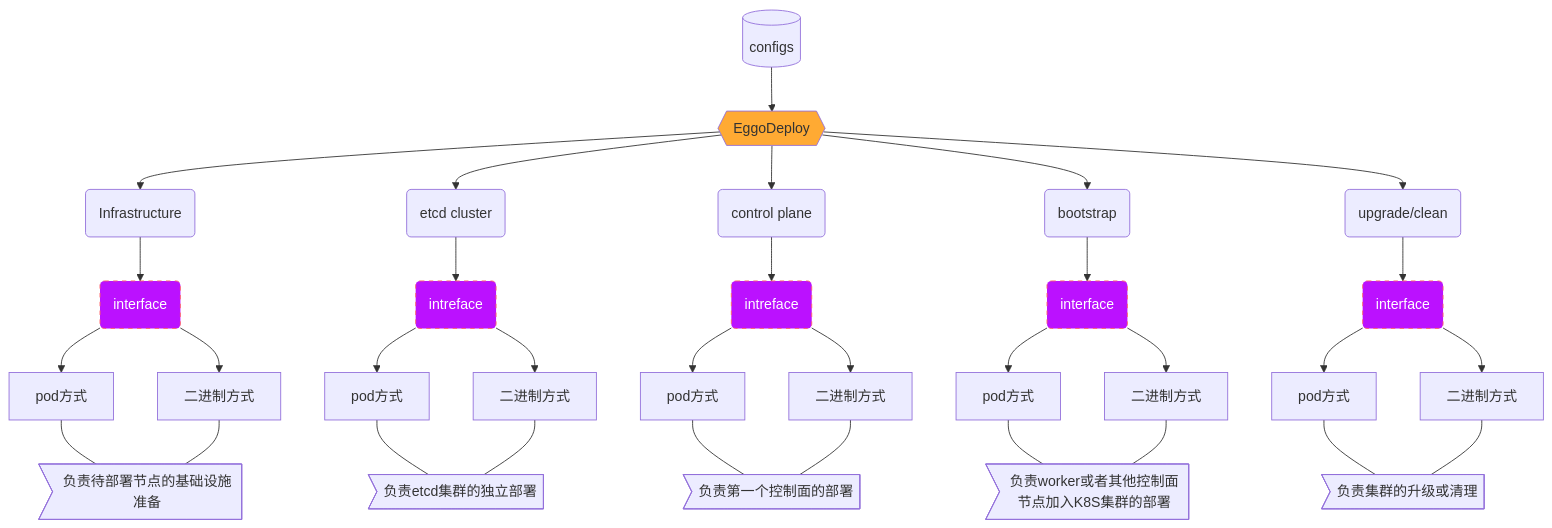
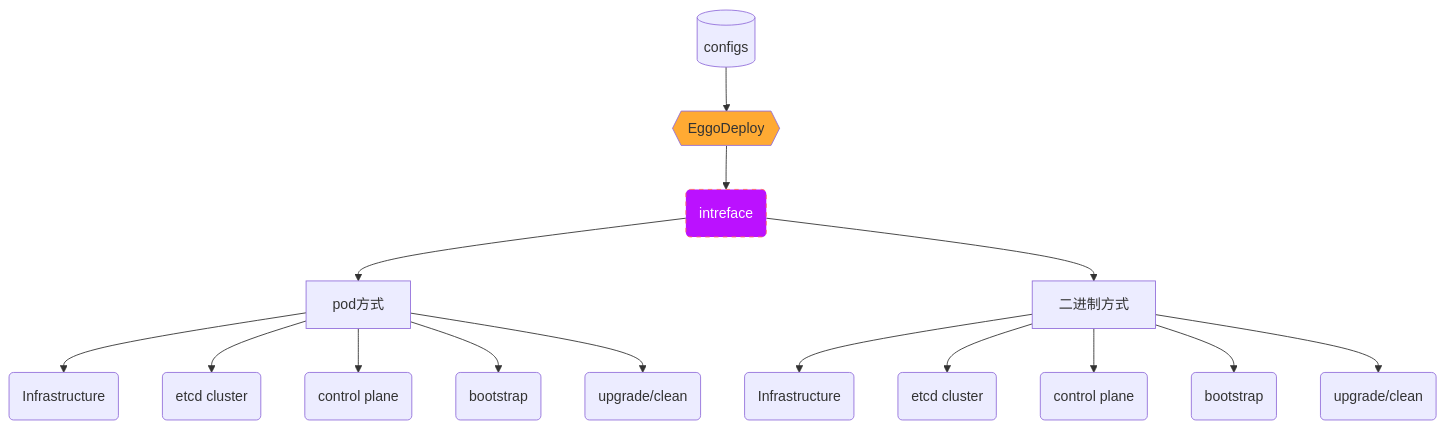
Before and after one commit to openeuler-mirror/eggo: the second of 8 diagrams in docs/raw_general_design.md, drawn with Mermaid. The commit also changed 8 other files, not shown here.

````diff
--- a/docs/raw_general_design.md
+++ b/docs/raw_general_design.md
@@ -37,32 +37,20 @@
 ```mermaid
 graph TD
 	A[(configs)] --> B{{EggoDeploy}}
-	B --> C(Infrastructure)
-	B --> D(etcd cluster)
-	B --> E(control plane)
-	B --> F(bootstrap)
-	B --> G(upgrade/clean)
-	C --> CA(interface)
-	CA --> CB[pod方式]
-	CA --> CC[二进制方式]
-	CB & CC --- CD>负责待部署节点的基础设施准备]
-	D --> DA(intreface)
-	DA --> DB[pod方式]
-	DA --> DC[二进制方式]
-	DB & DC --- DD>负责etcd集群的独立部署]
-	E --> EA(intreface)
-	EA --> EB[pod方式]
-	EA --> EC[二进制方式]
-	EB & EC --- ED>负责第一个控制面的部署]
-	F --> FA(interface)
-	FA --> FB[pod方式]
-	FA --> FC[二进制方式]
-	FB & FC --- FD>负责worker或者其他控制面节点加入K8S集群的部署]
-	G --> GA(interface)
-	GA --> GB[pod方式]
-	GA --> GC[二进制方式]
-	GB & GC --- GD>负责集群的升级或清理]
+	B --> C(intreface)
+	C --> D[pod方式]
+	C --> E[二进制方式]
+	D --> DA(Infrastructure)
+	D --> DB(etcd cluster)
+	D --> DC(control plane)
+	D --> DD(bootstrap)
+	D --> DE(upgrade/clean)
+	E --> EA(Infrastructure)
+	E --> EB(etcd cluster)
+	E --> EC(control plane)
+	E --> ED(bootstrap)
+	E --> EE(upgrade/clean)
 	style B fill:#fa3
 	classDef interfacestyle fill:#b1f,stroke:#f66,stroke-width:1px,color:#fff,stroke-dasharray:5 5
-	class CA,DA,EA,FA,GA interfacestyle
+	class C interfacestyle
 ```
````
